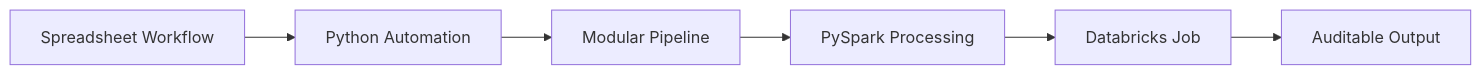
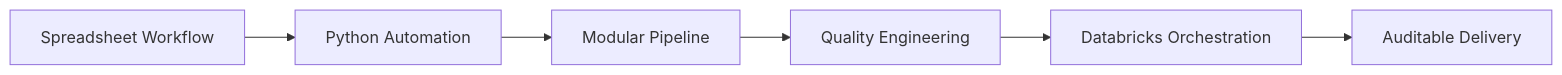
Before and after one commit to cjr3195/databricks-data-reconciliation-pipeline: the third of 9 diagrams in README.md, drawn with Mermaid. The commit also changed other lines of this file, not shown here.

````diff
--- a/README.md
+++ b/README.md
@@ -58,8 +58,8 @@
 ```mermaid
 flowchart LR
     A["Spreadsheet Workflow"] --> B["Python Automation"]
     B --> C["Modular Pipeline"]
-    C --> D["PySpark Processing"]
-    D --> E["Databricks Job"]
-    E --> F["Auditable Output"]
+    C --> D["Quality Engineering"]
+    D --> E["Databricks Orchestration"]
+    E --> F["Auditable Delivery"]
 ```
````
